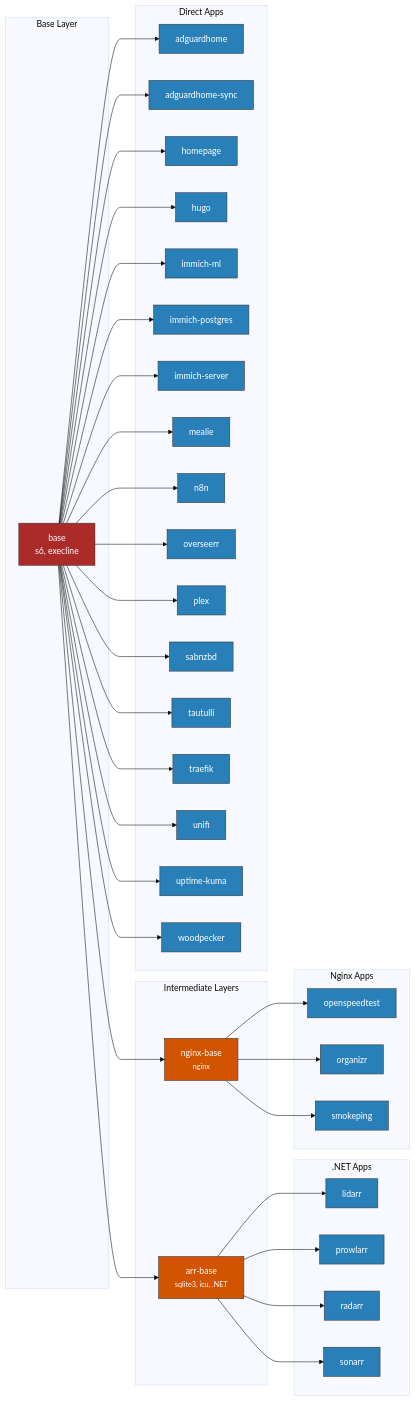
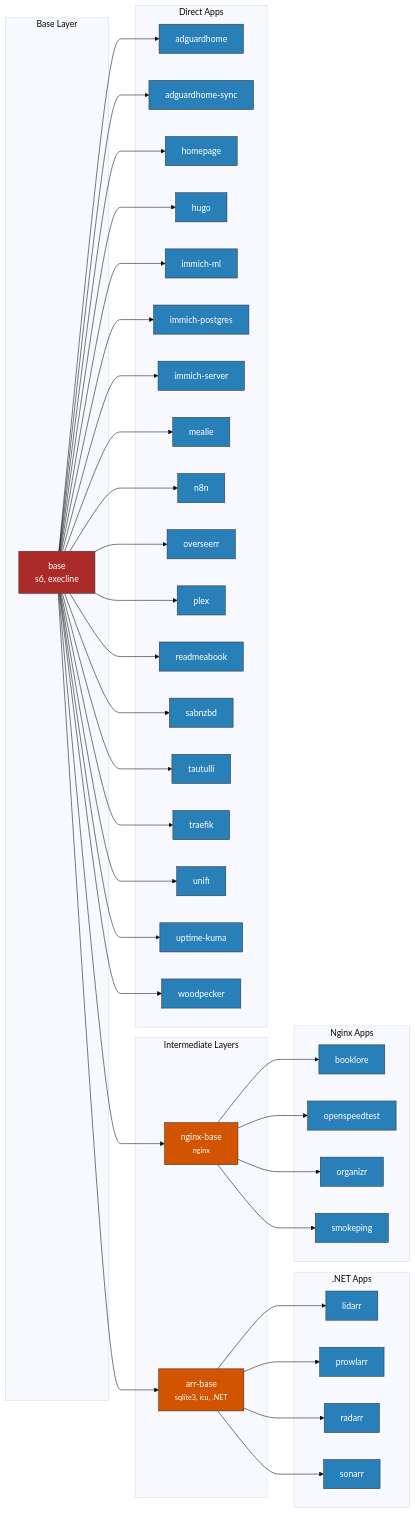
One commit to daemonless/daemonless-io changed the diagram in docs/architecture.md. Above: the diagram before and after it, drawn with Mermaid. The commit also changed other lines of this file and 9 other files, not shown here.

````diff
--- a/docs/architecture.md
+++ b/docs/architecture.md
@@ -31,6 +24,7 @@
     end
 
     subgraph nginx_apps["Nginx Apps"]
+        booklore["booklore"]
         openspeedtest["openspeedtest"]
         organizr["organizr"]
         smokeping["smokeping"]
@@ -48,6 +42,7 @@
         n8n["n8n"]
         overseerr["overseerr"]
         plex["plex"]
+        readmeabook["readmeabook"]
         sabnzbd["sabnzbd"]
         tautulli["tautulli"]
         traefik["traefik"]
@@ -67,6 +62,8 @@
     click radarr "../images/radarr/" "View radarr Docs"
     arr-base --> sonarr
     click sonarr "../images/sonarr/" "View sonarr Docs"
+    nginx-base --> booklore
+    click booklore "../images/booklore/" "View booklore Docs"
     nginx-base --> openspeedtest
     click openspeedtest "../images/openspeedtest/" "View openspeedtest Docs"
     nginx-base --> organizr
@@ -95,6 +92,8 @@
     click overseerr "../images/overseerr/" "View overseerr Docs"
     base --> plex
     click plex "../images/plex/" "View plex Docs"
+    base --> readmeabook
+    click readmeabook "../images/readmeabook/" "View readmeabook Docs"
     base --> sabnzbd
     click sabnzbd "../images/sabnzbd/" "View sabnzbd Docs"
     base --> tautulli
@@ -114,5 +113,5 @@
     classDef appStyle fill:#2980b9,stroke:#333,color:#fff
     class base baseStyle
     class arr-base,nginx-base intermediateStyle
-    class lidarr,prowlarr,radarr,sonarr,openspeedtest,organizr,smokeping,adguardhome,adguardhome-sync,homepage,hugo,immich-ml,immich-postgres,immich-server,mealie,n8n,overseerr,plex,sabnzbd,tautulli,traefik,unifi,uptime-kuma,woodpecker appStyle
+    class lidarr,prowlarr,radarr,sonarr,booklore,openspeedtest,organizr,smokeping,adguardhome,adguardhome-sync,homepage,hugo,immich-ml,immich-postgres,immich-server,mealie,n8n,overseerr,plex,readmeabook,sabnzbd,tautulli,traefik,unifi,uptime-kuma,woodpecker appStyle
 ```
````
